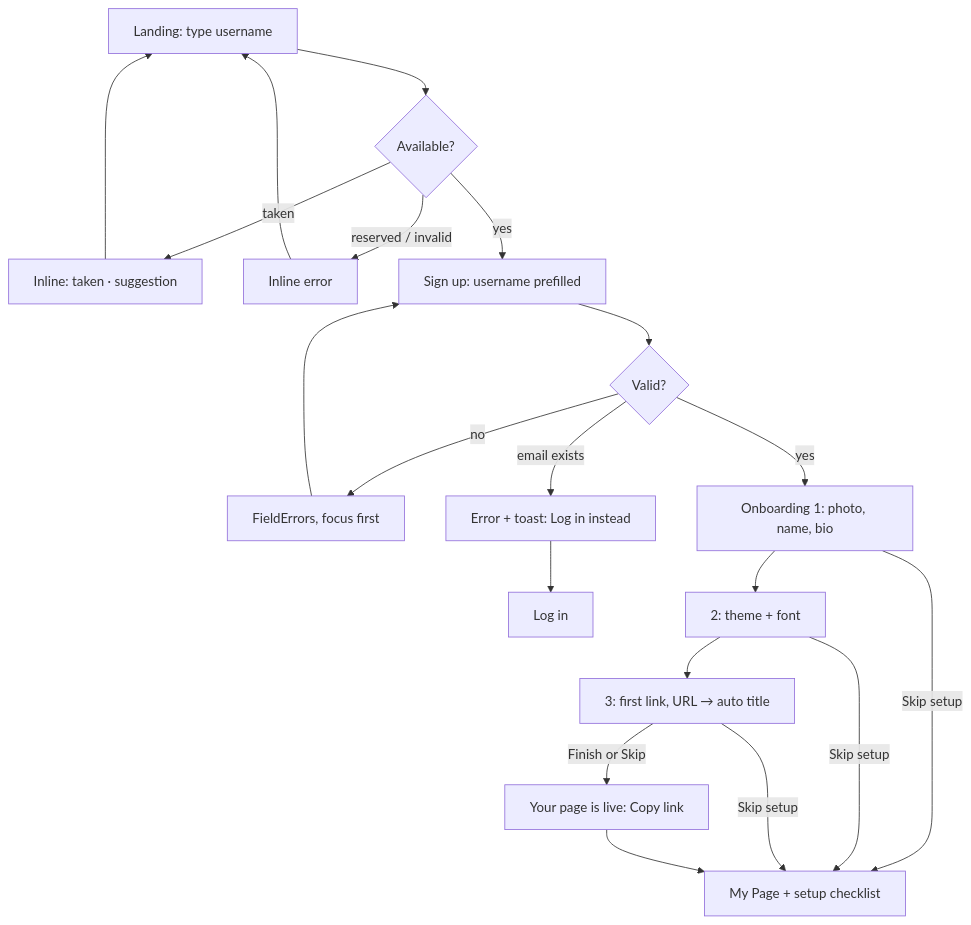
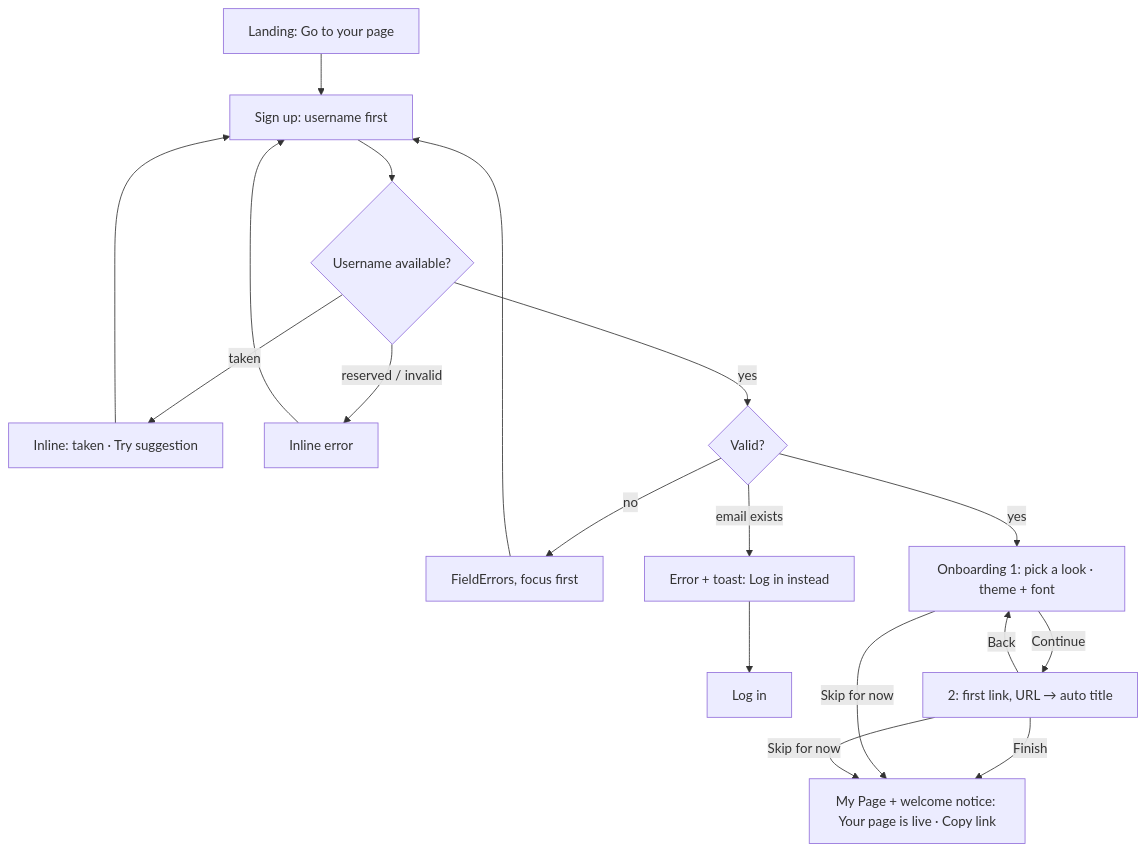
One commit to NguyenDuy1910/linkee changed the second of 11 diagrams in ux_preview/product-flow.md. Above: the diagram before and after it, drawn with Mermaid. The commit also changed other lines of this file and 17 other files, not shown here.

````diff
--- a/ux_preview/product-flow.md
+++ b/ux_preview/product-flow.md
@@ -30,16 +30,15 @@
 ```mermaid
 flowchart TD
-  A[Landing: type username] --> B{Available?}
-  B -- taken --> B1[Inline: taken · suggestion] --> A
-  B -- reserved / invalid --> B2[Inline error] --> A
-  B -- yes --> C[Sign up: username prefilled]
-  C --> D{Valid?}
+  A[Landing: Go to your page] --> C[Sign up: username first]
+  C --> B{Username available?}
+  B -- taken --> B1[Inline: taken · Try suggestion] --> C
+  B -- reserved / invalid --> B2[Inline error] --> C
+  B -- yes --> D{Valid?}
   D -- no --> D1[FieldErrors, focus first] --> C
   D -- email exists --> D2[Error + toast: Log in instead] --> L[Log in]
-  D -- yes --> E[Onboarding 1: photo, name, bio]
-  E --> F[2: theme + font]
-  F --> G[3: first link, URL → auto title]
-  G -->|Finish or Skip| H[Your page is live: Copy link]
-  E & F & G -->|Skip setup| P[My Page + setup checklist]
-  H --> P
+  D -- yes --> E[Onboarding 1: pick a look · theme + font]
+  E -->|Continue| G[2: first link, URL → auto title]
+  G -->|Back| E
+  G -->|Finish| P[My Page + welcome notice: Your page is live · Copy link]
+  E & G -->|Skip for now| P
 ```
````
